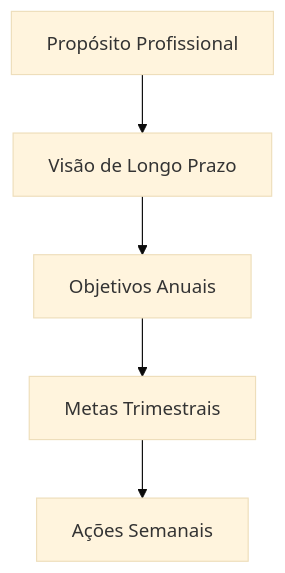
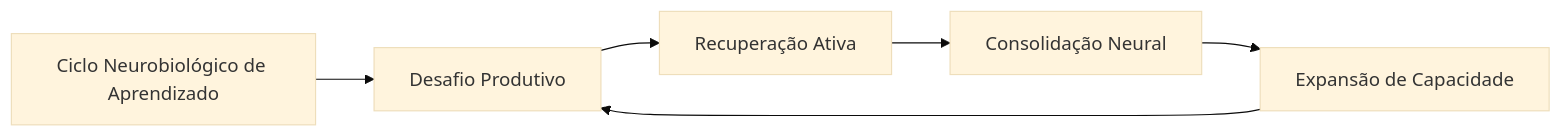
One commit to felipepimentel/my-public-notes changed the second of 7 diagrams in Leadership/pdi.md. Above: the diagram before and after it, drawn with Mermaid (base theme). The commit also changed other lines of this file, not shown here.

````diff
--- a/Leadership/pdi.md
+++ b/Leadership/pdi.md
@@ -194,7 +118,8 @@
 ```mermaid
-graph TD
-    A[Propósito Profissional] --> B[Visão de Longo Prazo]
-    B --> C[Objetivos Anuais]
-    C --> D[Metas Trimestrais]
-    D --> E[Ações Semanais]
+graph LR
+    A[Ciclo Neurobiológico de Aprendizado] --> B[Desafio Produtivo]
+    B --> C[Recuperação Ativa]
+    C --> D[Consolidação Neural]
+    D --> E[Expansão de Capacidade]
+    E --> B
 ```
````
